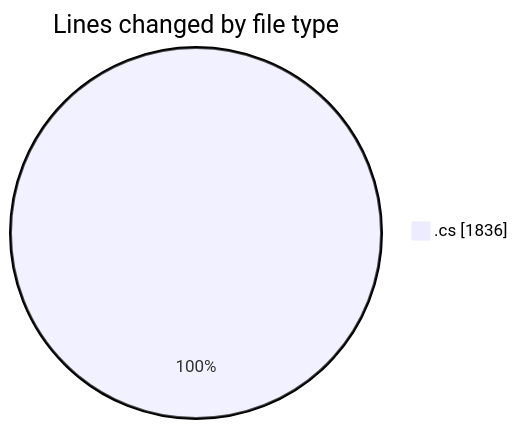
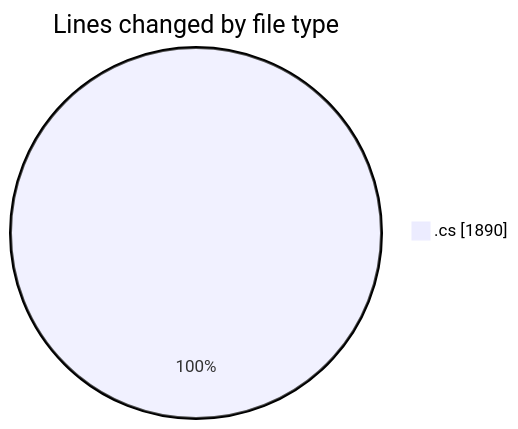
Before and after one commit to Netris89/code-tracking: the first of 2 diagrams in 2025-04-01/back-end/README.md, drawn with Mermaid. The commit also changed other lines of this file and 1 other file, not shown here.

````diff
--- a/2025-04-01/back-end/README.md
+++ b/2025-04-01/back-end/README.md
@@ -27,5 +29,5 @@
 ```mermaid
 pie showData
 title Lines changed by file type
-".cs" : 1836
+".cs" : 1890
 ```
````
